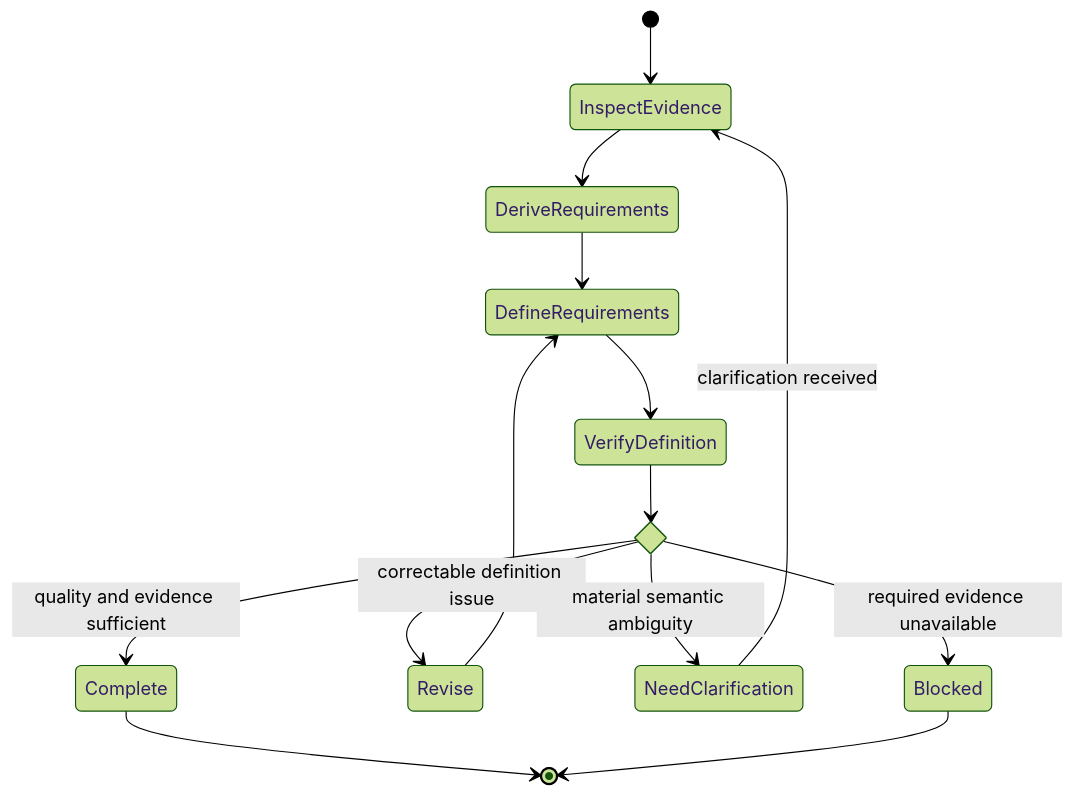
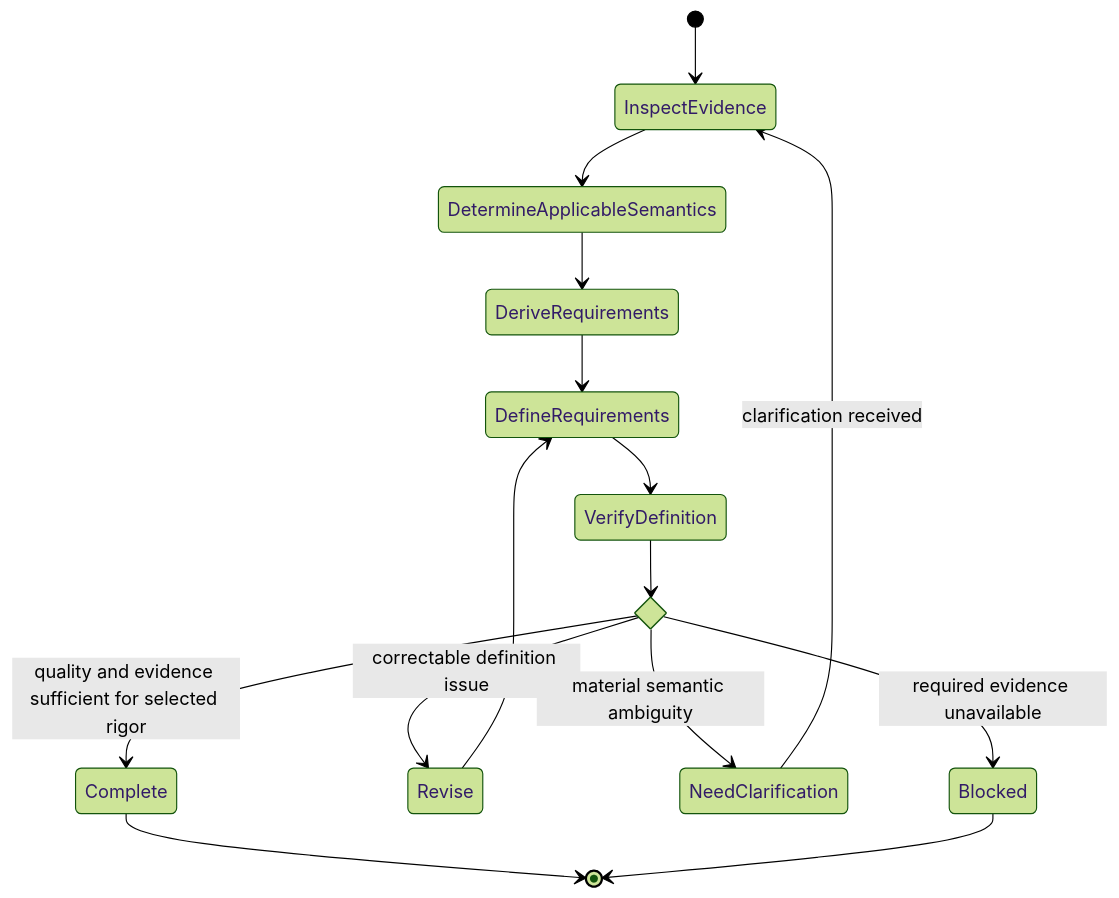
Before and after one commit to JadsonLucena/agent-toolkit: the diagram in contexts/requirements/skills/definition/skill.md, drawn with Mermaid (forest theme). The commit also changed other lines of this file, not shown here.

Commit message:
feat(requirements): deepen specification workflow

````diff
--- a/contexts/requirements/skills/definition/skill.md
+++ b/contexts/requirements/skills/definition/skill.md
@@ -14,19 +15,20 @@
 ```mermaid
 stateDiagram-v2
     [*] --> InspectEvidence
-    InspectEvidence --> DeriveRequirements
+    InspectEvidence --> DetermineApplicableSemantics
+    DetermineApplicableSemantics --> DeriveRequirements
     DeriveRequirements --> DefineRequirements
     DefineRequirements --> VerifyDefinition
 
     state DefinitionResult <<choice>>
     VerifyDefinition --> DefinitionResult
-    DefinitionResult --> Complete: quality and evidence sufficient
+    DefinitionResult --> Complete: quality and evidence sufficient for selected rigor
     DefinitionResult --> Revise: correctable definition issue
     DefinitionResult --> NeedClarification: material semantic ambiguity
     DefinitionResult --> Blocked: required evidence unavailable
 
     Revise --> DefineRequirements
     NeedClarification --> InspectEvidence: clarification received
     Complete --> [*]
     Blocked --> [*]
 ```
````
